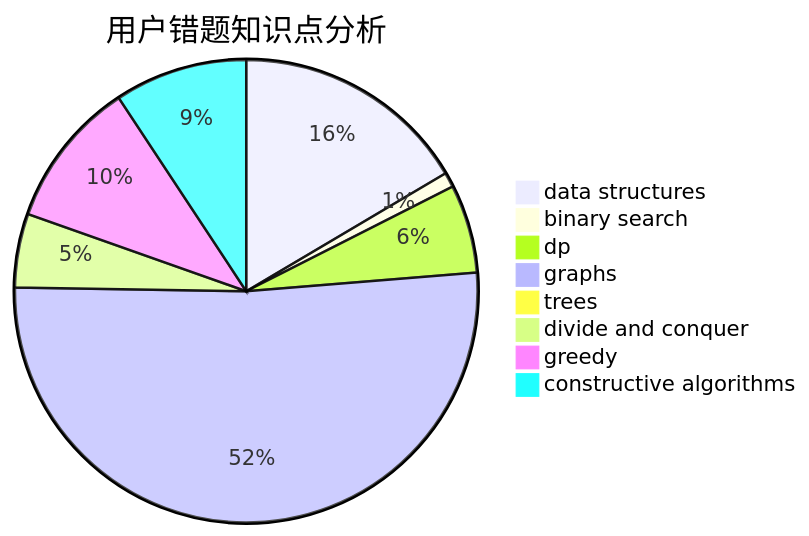
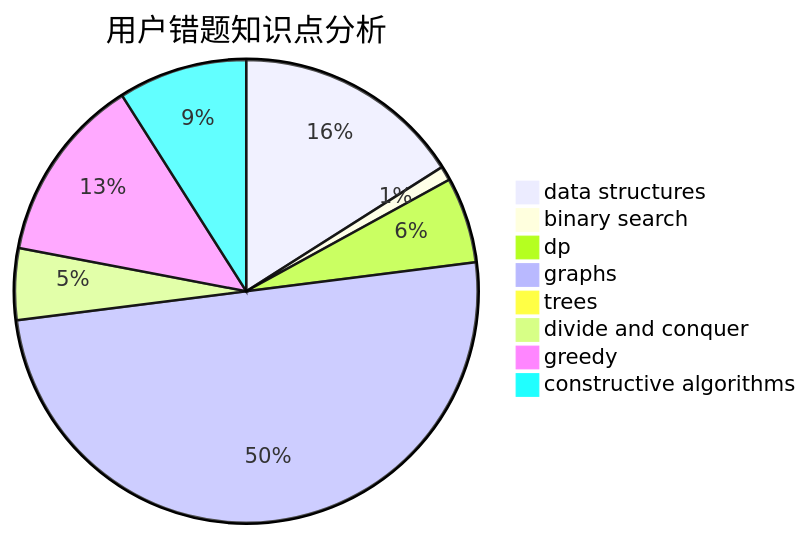
Before and after one commit to sherpahu/cfrs.github.io: the third of 3 diagrams in docs/user/u2524.md, drawn with Mermaid. The commit also changed other lines of this file and 2770 other files, not shown here.

````diff
--- a/docs/user/u2524.md
+++ b/docs/user/u2524.md
@@ -36,11 +36,11 @@
 ```mermaid
 pie title 用户错题知识点分析
     "data structures" :  16
     "binary search" :  1
     "dp" :  6
     "graphs" :  50
     "trees" :  0
     "divide and conquer" :  5
-    "greedy" :  10
+    "greedy" :  13
     "constructive algorithms" :  9
 ```
````
